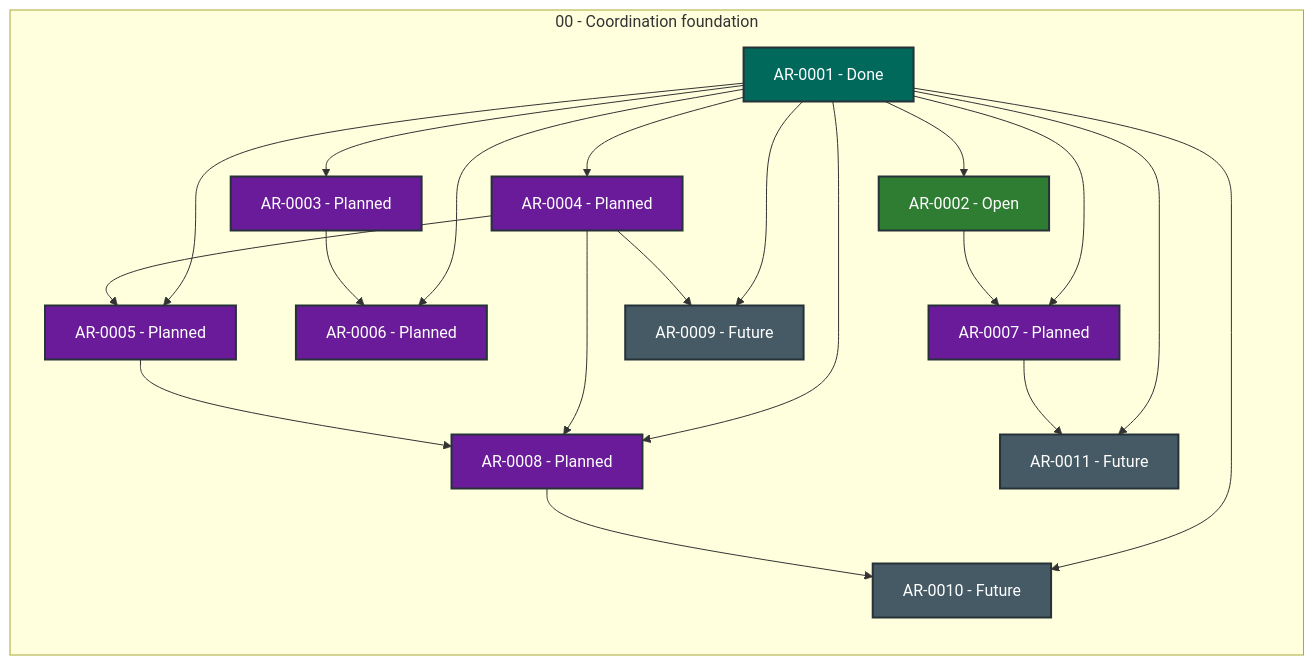
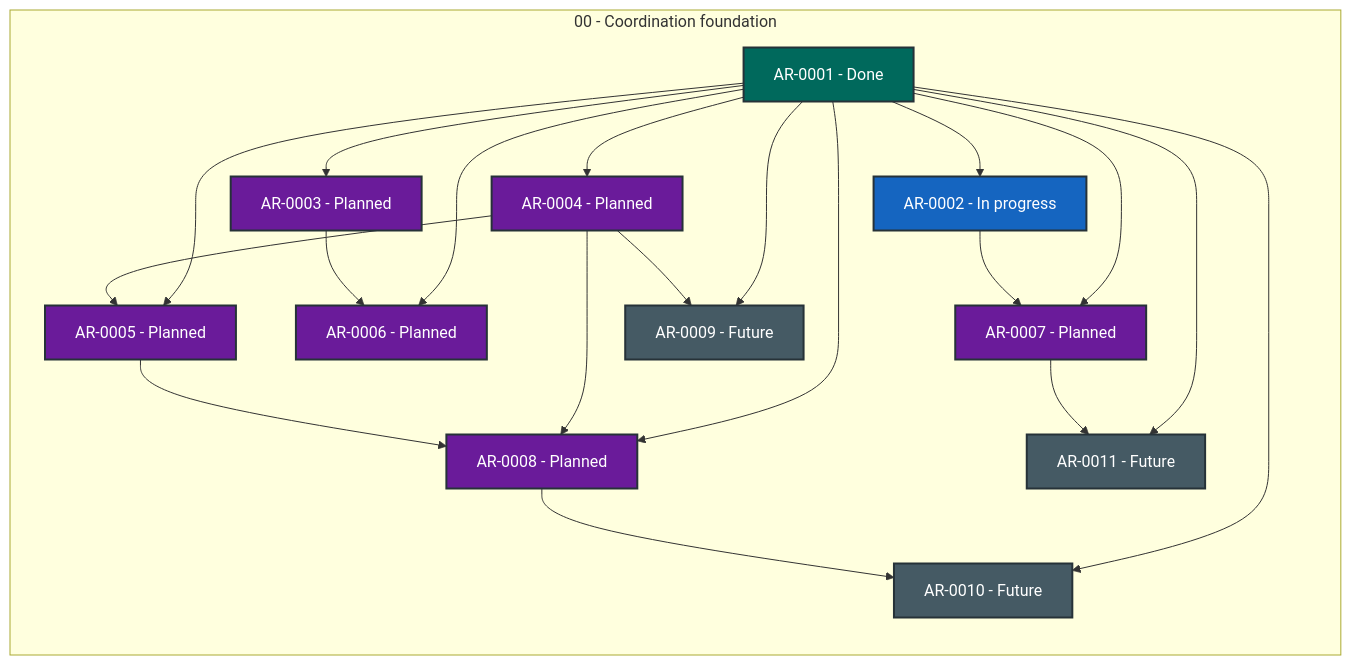
One commit to martin-beck/agent-workflow-quality-state changed the diagram in STATUS.md. Above: the diagram before and after it, drawn with Mermaid. The commit also changed other lines of this file and 2 other files, not shown here.

````diff
--- a/STATUS.md
+++ b/STATUS.md
@@ -27,43 +27,43 @@
 ```mermaid
 flowchart LR
     subgraph series_00["00 - Coordination foundation"]
         direction TB
         AR_0001["AR-0001 - Done"]:::status_done
-        AR_0002["AR-0002 - Open"]:::status_open
+        AR_0002["AR-0002 - In progress"]:::status_in_progress
         AR_0003["AR-0003 - Planned"]:::status_planned
         AR_0004["AR-0004 - Planned"]:::status_planned
         AR_0005["AR-0005 - Planned"]:::status_planned
         AR_0006["AR-0006 - Planned"]:::status_planned
         AR_0007["AR-0007 - Planned"]:::status_planned
         AR_0008["AR-0008 - Planned"]:::status_planned
         AR_0009["AR-0009 - Future"]:::status_future
         AR_0010["AR-0010 - Future"]:::status_future
         AR_0011["AR-0011 - Future"]:::status_future
     end
     AR_0001 --> AR_0002
     AR_0001 --> AR_0003
     AR_0001 --> AR_0004
     AR_0001 --> AR_0005
     AR_0001 --> AR_0006
     AR_0001 --> AR_0007
     AR_0001 --> AR_0008
     AR_0001 --> AR_0009
     AR_0001 --> AR_0010
     AR_0001 --> AR_0011
     AR_0002 --> AR_0007
     AR_0003 --> AR_0006
     AR_0004 --> AR_0005
     AR_0004 --> AR_0008
     AR_0004 --> AR_0009
     AR_0005 --> AR_0008
     AR_0007 --> AR_0011
     AR_0008 --> AR_0010
     classDef status_in_progress fill:#1565c0,color:#ffffff,stroke:#263238,stroke-width:2px
     classDef status_open fill:#2e7d32,color:#ffffff,stroke:#263238,stroke-width:2px
     classDef status_blocked fill:#c62828,color:#ffffff,stroke:#263238,stroke-width:2px
     classDef status_planned fill:#6a1b9a,color:#ffffff,stroke:#263238,stroke-width:2px
     classDef status_future fill:#455a64,color:#ffffff,stroke:#263238,stroke-width:2px
     classDef status_done fill:#00695c,color:#ffffff,stroke:#263238,stroke-width:2px
     classDef status_cancelled fill:#616161,color:#ffffff,stroke:#263238,stroke-width:2px
     classDef status_superseded fill:#5d4037,color:#ffffff,stroke:#263238,stroke-width:2px
 ```
````
